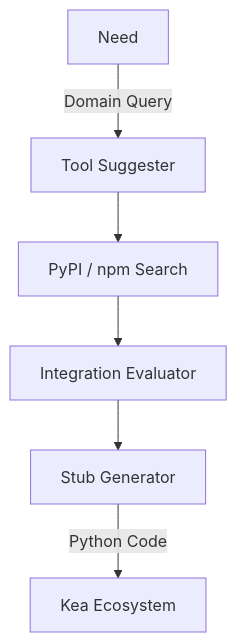
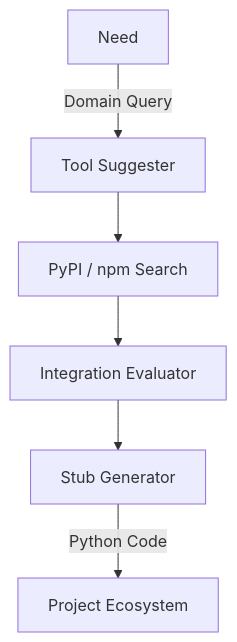
The diagram in mcp_servers/tool_discovery_server/README.md (azzindani/Kea), drawn with Mermaid before and after one commit. The commit also changed other lines of this file and 2036 other files, not shown here.

Commit message:
feat: Introduce core v2 architecture with new services, knowledge base, MCP servers, shared utilities, and comprehensive testing.

````diff
--- a/mcp_servers/tool_discovery_server/README.md
+++ b/mcp_servers/tool_discovery_server/README.md
@@ -9,9 +9,9 @@
 ```mermaid
 graph TD
     User[Need] -->|Domain Query| Suggest[Tool Suggester]
     Suggest --> Search[PyPI / npm Search]
     Search --> Eval[Integration Evaluator]
     Eval --> Stub[Stub Generator]
     
-    Stub -->|Python Code| Kea[Kea Ecosystem]
+    Stub -->|Python Code| Project[Project Ecosystem]
 ```
````
